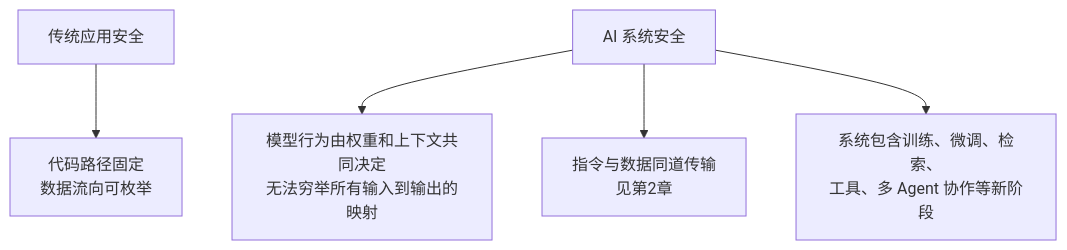
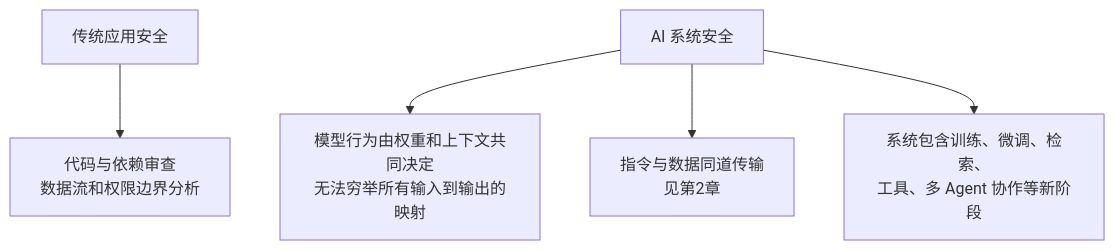
One commit to oneleaveknowsthefall/awesome-ai-roadmap changed the first of 3 diagrams in docs/safety/01-threat-modeling/01-ai-threat-modeling-attack-surface.md. Above: the diagram before and after it, drawn with Mermaid. The commit also changed other lines of this file and 26 other files, not shown here.

````diff
--- a/docs/safety/01-threat-modeling/01-ai-threat-modeling-attack-surface.md
+++ b/docs/safety/01-threat-modeling/01-ai-threat-modeling-attack-surface.md
@@ -7,7 +11,7 @@
 ```mermaid
 flowchart TB
-    T[传统应用安全] --> T1[代码路径固定<br/>数据流向可枚举]
+    T[传统应用安全] --> T1[代码与依赖审查<br/>数据流和权限边界分析]
     A[AI 系统安全] --> A1[模型行为由权重和上下文共同决定<br/>无法穷举所有输入到输出的映射]
     A --> A2[指令与数据同道传输<br/>见第2章]
     A --> A3[系统包含训练、微调、检索、<br/>工具、多 Agent 协作等新阶段]
 ```
````
